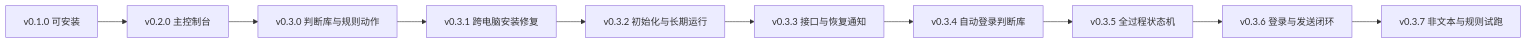
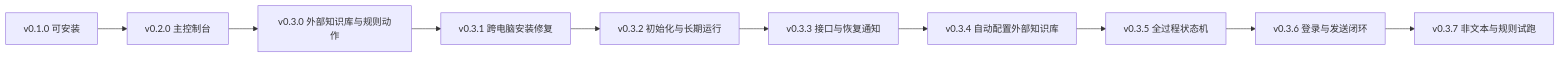
Before and after one commit to JahanHe/wechat-autoreply: the sixth of 9 diagrams in docs/project-journey.md, drawn with Mermaid. The commit also changed other lines of this file and 43 other files, not shown here.

````diff
--- a/docs/project-journey.md
+++ b/docs/project-journey.md
@@ -292,12 +292,12 @@
 ```mermaid
 flowchart LR
   V1["v0.1.0 可安装"] --> V2["v0.2.0 主控制台"]
-  V2 --> V30["v0.3.0 判断库与规则动作"]
+  V2 --> V30["v0.3.0 外部知识库与规则动作"]
   V30 --> V31["v0.3.1 跨电脑安装修复"]
   V31 --> V32["v0.3.2 初始化与长期运行"]
   V32 --> V33["v0.3.3 接口与恢复通知"]
-  V33 --> V34["v0.3.4 自动登录判断库"]
+  V33 --> V34["v0.3.4 自动配置外部知识库"]
   V34 --> V35["v0.3.5 全过程状态机"]
   V35 --> V36["v0.3.6 登录与发送闭环"]
   V36 --> V37["v0.3.7 非文本与规则试跑"]
 ```
````
